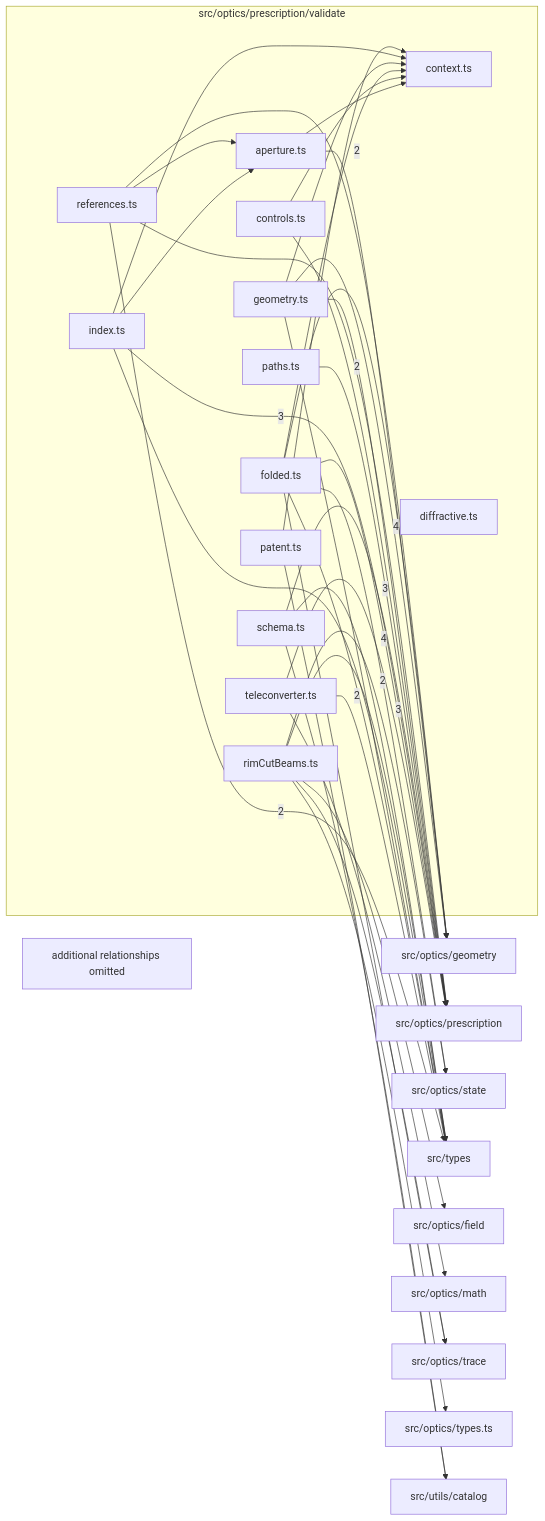
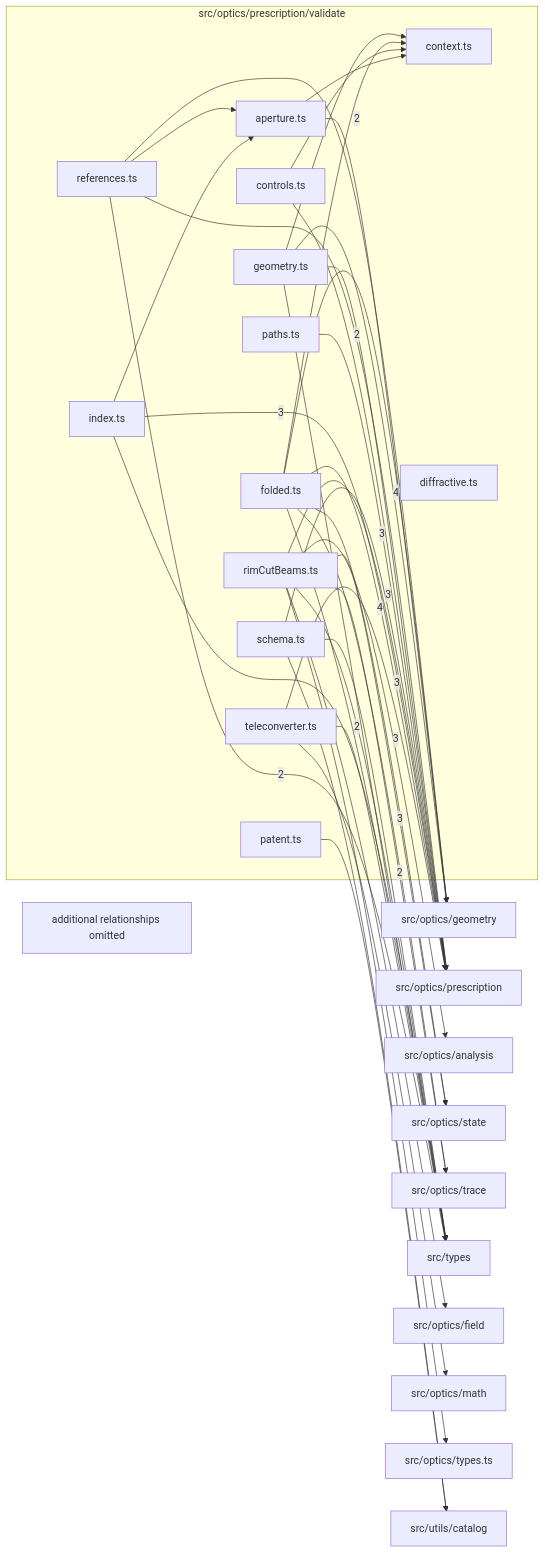
The diagram in src/optics/prescription/validate/readme.md (ronbuening/LensVisualizer), drawn with Mermaid before and after one commit. The commit also changed other lines of this file and 19 other files, not shown here.

First line of the commit message:
Aim the rim-cut beam rule at the real stop, ask a clearance margin and sample between stations

````diff
--- a/src/optics/prescription/validate/readme.md
+++ b/src/optics/prescription/validate/readme.md
@@ -9,64 +9,65 @@
 ```mermaid
 flowchart LR
   subgraph n_src_optics_prescription_validate["src/optics/prescription/validate"]
     n_src_optics_prescription_validate_src_optics_prescription_validate_aperture_ts["aperture.ts"]
     n_src_optics_prescription_validate_src_optics_prescription_validate_context_ts["context.ts"]
     n_src_optics_prescription_validate_src_optics_prescription_validate_controls_ts["controls.ts"]
     n_src_optics_prescription_validate_src_optics_prescription_validate_diffractive_ts["diffractive.ts"]
     n_src_optics_prescription_validate_src_optics_prescription_validate_folded_ts["folded.ts"]
     n_src_optics_prescription_validate_src_optics_prescription_validate_geometry_ts["geometry.ts"]
     n_src_optics_prescription_validate_src_optics_prescription_validate_index_ts["index.ts"]
     n_src_optics_prescription_validate_src_optics_prescription_validate_patent_ts["patent.ts"]
     n_src_optics_prescription_validate_src_optics_prescription_validate_paths_ts["paths.ts"]
     n_src_optics_prescription_validate_src_optics_prescription_validate_references_ts["references.ts"]
     n_src_optics_prescription_validate_src_optics_prescription_validate_rimCutBeams_ts["rimCutBeams.ts"]
     n_src_optics_prescription_validate_src_optics_prescription_validate_schema_ts["schema.ts"]
     n_src_optics_prescription_validate_src_optics_prescription_validate_teleconverter_ts["teleconverter.ts"]
   end
   n_external_src_optics_geometry["src/optics/geometry"]
   n_external_src_optics_prescription["src/optics/prescription"]
+  n_external_src_optics_analysis["src/optics/analysis"]
   n_external_src_optics_state["src/optics/state"]
+  n_external_src_optics_trace["src/optics/trace"]
   n_external_src_types["src/types"]
   n_external_src_optics_field["src/optics/field"]
   n_external_src_optics_math["src/optics/math"]
-  n_external_src_optics_trace["src/optics/trace"]
   n_external_src_optics_types_ts["src/optics/types.ts"]
   n_external_src_utils_catalog["src/utils/catalog"]
   n_src_optics_prescription_validate_src_optics_prescription_validate_geometry_ts --> |4| n_external_src_optics_geometry
   n_src_optics_prescription_validate_src_optics_prescription_validate_teleconverter_ts --> |4| n_external_src_optics_prescription
+  n_src_optics_prescription_validate_src_optics_prescription_validate_rimCutBeams_ts --> |3| n_external_src_optics_analysis
   n_src_optics_prescription_validate_src_optics_prescription_validate_folded_ts --> |3| n_external_src_optics_prescription
   n_src_optics_prescription_validate_src_optics_prescription_validate_index_ts --> |3| n_external_src_optics_prescription
+  n_src_optics_prescription_validate_src_optics_prescription_validate_rimCutBeams_ts --> |3| n_external_src_optics_prescription
   n_src_optics_prescription_validate_src_optics_prescription_validate_schema_ts --> |3| n_external_src_optics_prescription
+  n_src_optics_prescription_validate_src_optics_prescription_validate_rimCutBeams_ts --> |3| n_external_src_optics_state
   n_src_optics_prescription_validate_src_optics_prescription_validate_aperture_ts --> |2| n_external_src_optics_geometry
   n_src_optics_prescription_validate_src_optics_prescription_validate_paths_ts --> |2| n_external_src_optics_prescription
-  n_src_optics_prescription_validate_src_optics_prescription_validate_rimCutBeams_ts --> |2| n_external_src_optics_state
+  n_src_optics_prescription_validate_src_optics_prescription_validate_rimCutBeams_ts --> |2| n_external_src_optics_trace
   n_src_optics_prescription_validate_src_optics_prescription_validate_references_ts --> |2| n_external_src_types
   n_src_optics_prescription_validate_src_optics_prescription_validate_teleconverter_ts --> |2| n_external_src_types
   n_src_optics_prescription_validate_src_optics_prescription_validate_rimCutBeams_ts --> n_external_src_optics_field
   n_src_optics_prescription_validate_src_optics_prescription_validate_folded_ts --> n_external_src_optics_geometry
   n_src_optics_prescription_validate_src_optics_prescription_validate_references_ts --> n_external_src_optics_geometry
   n_src_optics_prescription_validate_src_optics_prescription_validate_teleconverter_ts --> n_external_src_optics_math
   n_src_optics_prescription_validate_src_optics_prescription_validate_controls_ts --> n_external_src_optics_prescription
   n_src_optics_prescription_validate_src_optics_prescription_validate_geometry_ts --> n_external_src_optics_prescription
   n_src_optics_prescription_validate_src_optics_prescription_validate_references_ts --> n_external_src_optics_prescription
   n_src_optics_prescription_validate_src_optics_prescription_validate_folded_ts --> n_external_src_optics_state
   n_src_optics_prescription_validate_src_optics_prescription_validate_folded_ts --> n_external_src_optics_trace
-  n_src_optics_prescription_validate_src_optics_prescription_validate_rimCutBeams_ts --> n_external_src_optics_trace
   n_src_optics_prescription_validate_src_optics_prescription_validate_rimCutBeams_ts --> n_external_src_optics_types_ts
   n_src_optics_prescription_validate_src_optics_prescription_validate_folded_ts --> n_external_src_types
   n_src_optics_prescription_validate_src_optics_prescription_validate_geometry_ts --> n_external_src_types
   n_src_optics_prescription_validate_src_optics_prescription_validate_index_ts --> n_external_src_types
   n_src_optics_prescription_validate_src_optics_prescription_validate_rimCutBeams_ts --> n_external_src_types
   n_src_optics_prescription_validate_src_optics_prescription_validate_schema_ts --> n_external_src_types
   n_src_optics_prescription_validate_src_optics_prescription_validate_patent_ts --> n_external_src_utils_catalog
   n_src_optics_prescription_validate_src_optics_prescription_validate_schema_ts --> n_external_src_utils_catalog
   n_src_optics_prescription_validate_src_optics_prescription_validate_index_ts --> n_src_optics_prescription_validate_src_optics_prescription_validate_aperture_ts
   n_src_optics_prescription_validate_src_optics_prescription_validate_references_ts --> n_src_optics_prescription_validate_src_optics_prescription_validate_aperture_ts
   n_src_optics_prescription_validate_src_optics_prescription_validate_aperture_ts --> n_src_optics_prescription_validate_src_optics_prescription_validate_context_ts
   n_src_optics_prescription_validate_src_optics_prescription_validate_controls_ts --> n_src_optics_prescription_validate_src_optics_prescription_validate_context_ts
   n_src_optics_prescription_validate_src_optics_prescription_validate_folded_ts --> n_src_optics_prescription_validate_src_optics_prescription_validate_context_ts
   n_src_optics_prescription_validate_src_optics_prescription_validate_geometry_ts --> n_src_optics_prescription_validate_src_optics_prescription_validate_context_ts
-  n_src_optics_prescription_validate_src_optics_prescription_validate_index_ts --> n_src_optics_prescription_validate_src_optics_prescription_validate_context_ts
-  n_src_optics_prescription_validate_src_optics_prescription_validate_patent_ts --> n_src_optics_prescription_validate_src_optics_prescription_validate_context_ts
   n_src_optics_prescription_validate_truncated["additional relationships omitted"]
 ```
````
